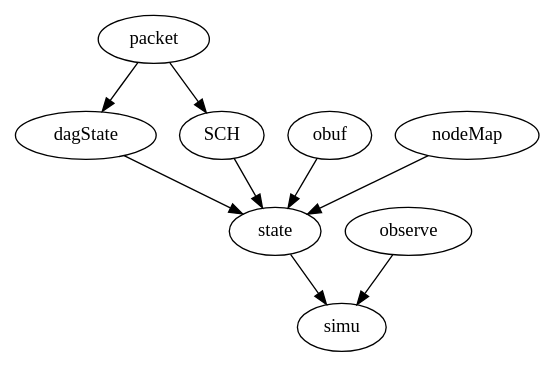
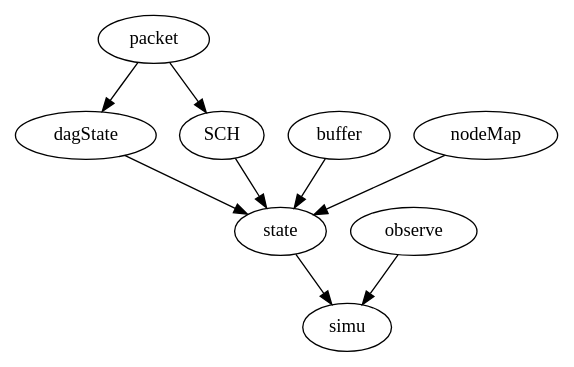
The diagram in doc/fileHierarchy.gv (CSAIL-Arch-Sec/DAGguise-verification), drawn with Graphviz before and after one commit. The commit also changed 4 other files, not shown here.

Commit message:
objectName: change from obuf to buffer

```diff
--- a/doc/fileHierarchy.gv
+++ b/doc/fileHierarchy.gv
@@ -1,12 +1,12 @@
 digraph G {
   "packet" -> "dagState";
   "packet" -> "SCH";
 
   "dagState" -> "state";
-  "obuf" -> "state";
+  "buffer" -> "state";
   "nodeMap" -> "state";
   "SCH" -> "state";
 
   "state" -> "simu";
   "observe" -> "simu";
 }
```
